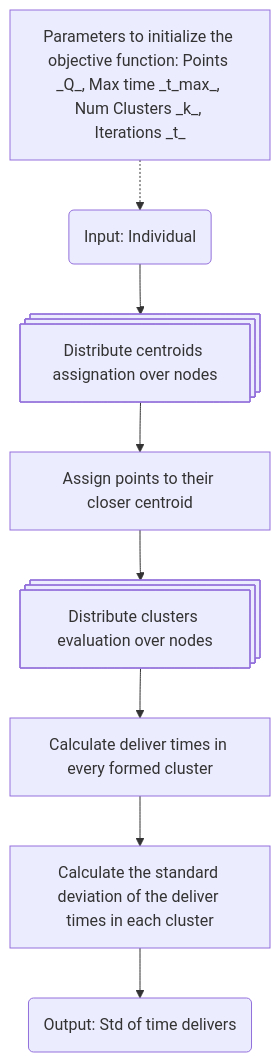
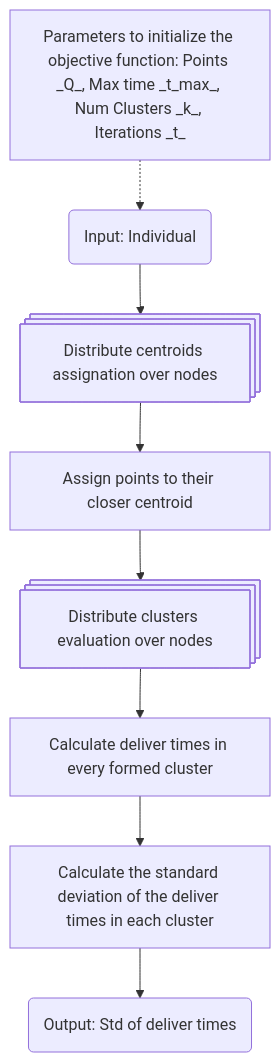
Before and after one commit to alexisuaguilaru/DeliveryLogisticProblem: the diagram in README.md, drawn with Mermaid. The commit also changed 2 other files, not shown here.

Commit message:
Add initial codebase in Python
Changes include:
- Add cli argparser as main entrypoint

````diff
--- a/README.md
+++ b/README.md
@@ -44,19 +44,19 @@
 ```mermaid
 flowchart TD
     InitFunction[Parameters to initialize the objective function: Points _Q_, Max time _t_max_, Num Clusters _k_, Iterations _t_]
     Start(Input: Individual)
     AssignDistribution@{ shape: processes, label: "Distribute centroids assignation over nodes" }
     Assign[Assign points to their closer centroid]
     EvalClusterDistribution@{ shape: processes, label: "Distribute clusters evaluation over nodes" }
     EvalClusters[Calculate deliver times in every formed cluster]
     CalcFitness[Calculate the standard deviation of the deliver times in each cluster]
-    End(Output: Std of time delivers)
+    End(Output: Std of deliver times)
     
     InitFunction .-> Start
     Start --> AssignDistribution
     AssignDistribution --> Assign
     Assign --> EvalClusterDistribution
     EvalClusterDistribution --> EvalClusters
     EvalClusters --> CalcFitness
     CalcFitness --> End
 ```
````
